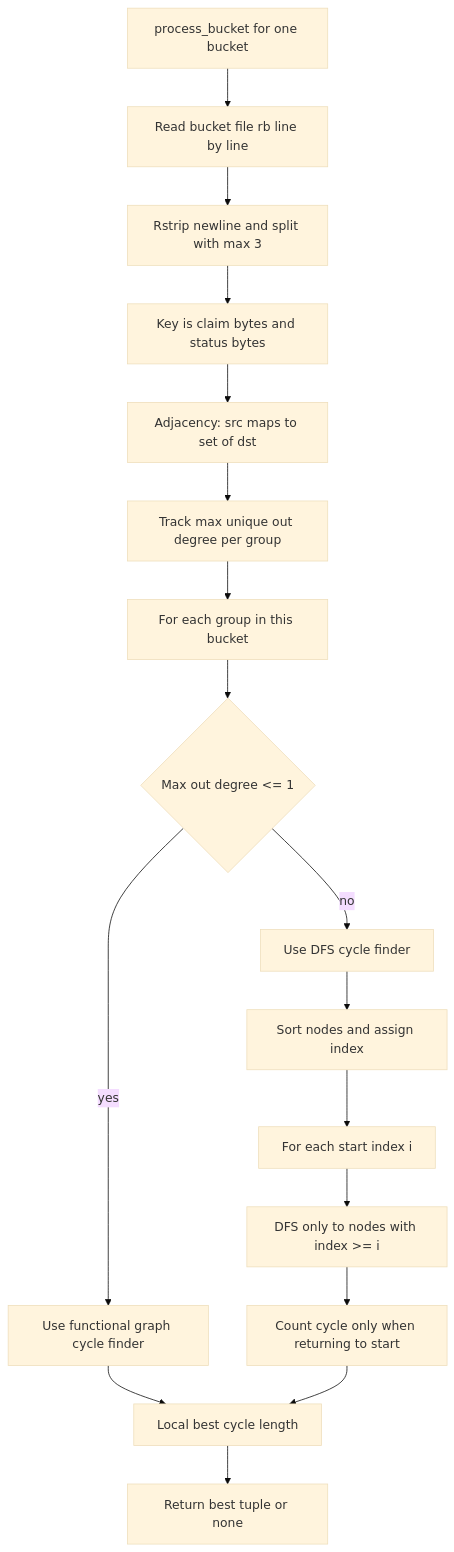
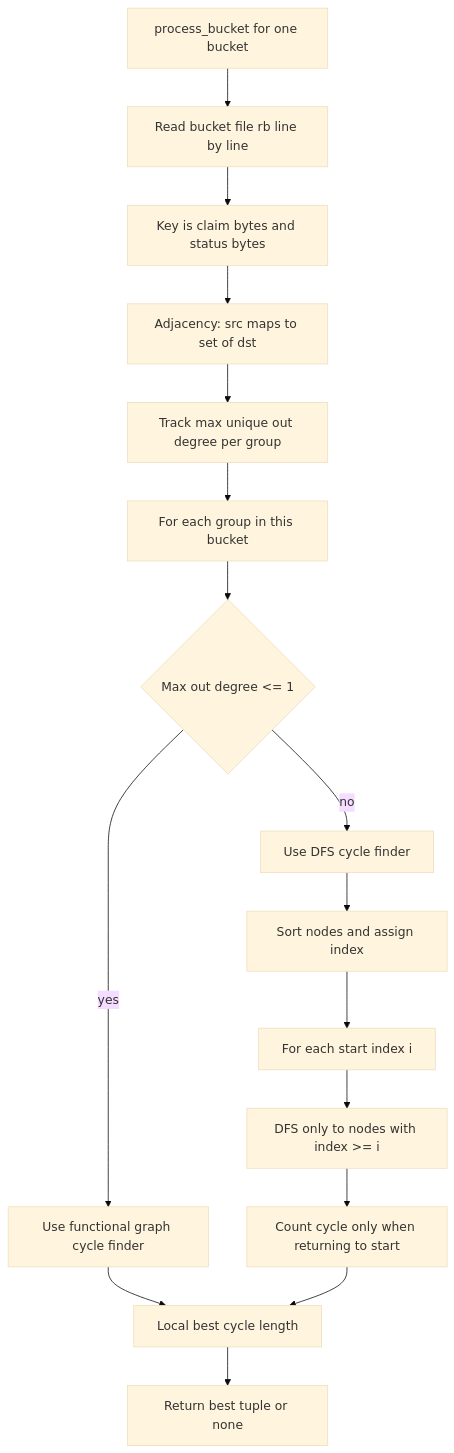
One commit to VictorNogNog/routing-cycle-detector changed the second of 3 diagrams in README.md. Above: the diagram before and after it, drawn with Mermaid (base theme). The commit also changed other lines of this file and 4 other files, not shown here.

````diff
--- a/README.md
+++ b/README.md
@@ -200,22 +200,21 @@
 ```mermaid
 graph TD
   P[process_bucket for one bucket] --> R[Read bucket file rb line by line]
-  R --> S[Rstrip newline and split with max 3]
-  S --> T[Key is claim bytes and status bytes]
+  R --> T[Key is claim bytes and status bytes]
   T --> U[Adjacency: src maps to set of dst]
   U --> V[Track max unique out degree per group]
 
   V --> W[For each group in this bucket]
   W --> X{Max out degree <= 1}
   X -->|yes| Y[Use functional graph cycle finder]
   X -->|no| Z[Use DFS cycle finder]
 
   Z --> Z1[Sort nodes and assign index]
   Z1 --> Z2[For each start index i]
   Z2 --> Z3[DFS only to nodes with index >= i]
   Z3 --> Z4[Count cycle only when returning to start]
 
   Y --> AA[Local best cycle length]
   Z4 --> AA
   AA --> AB[Return best tuple or none]
 ```
````
